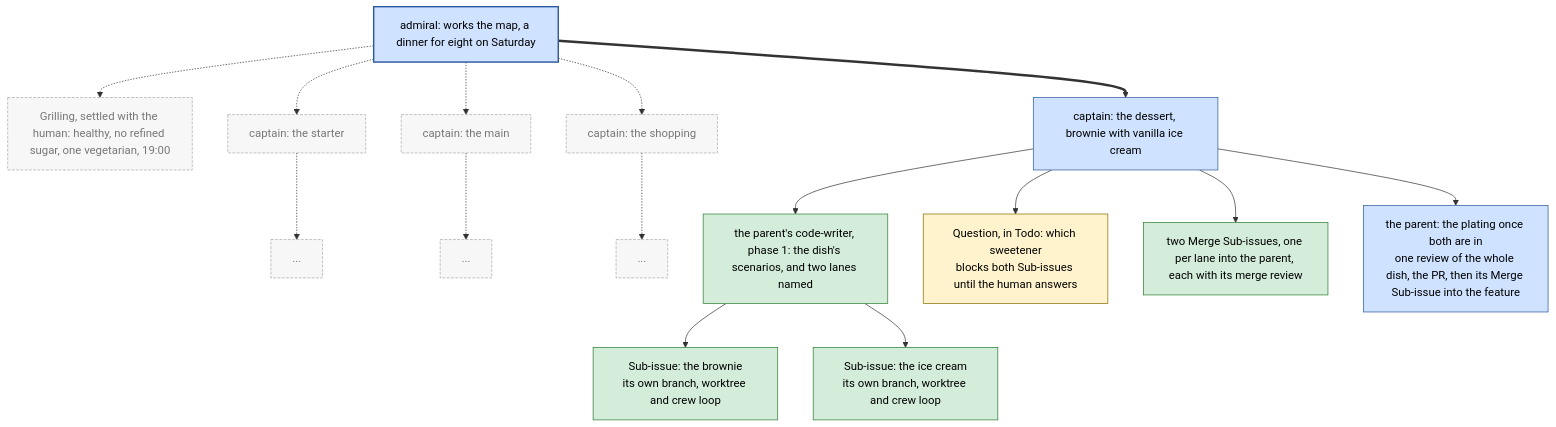
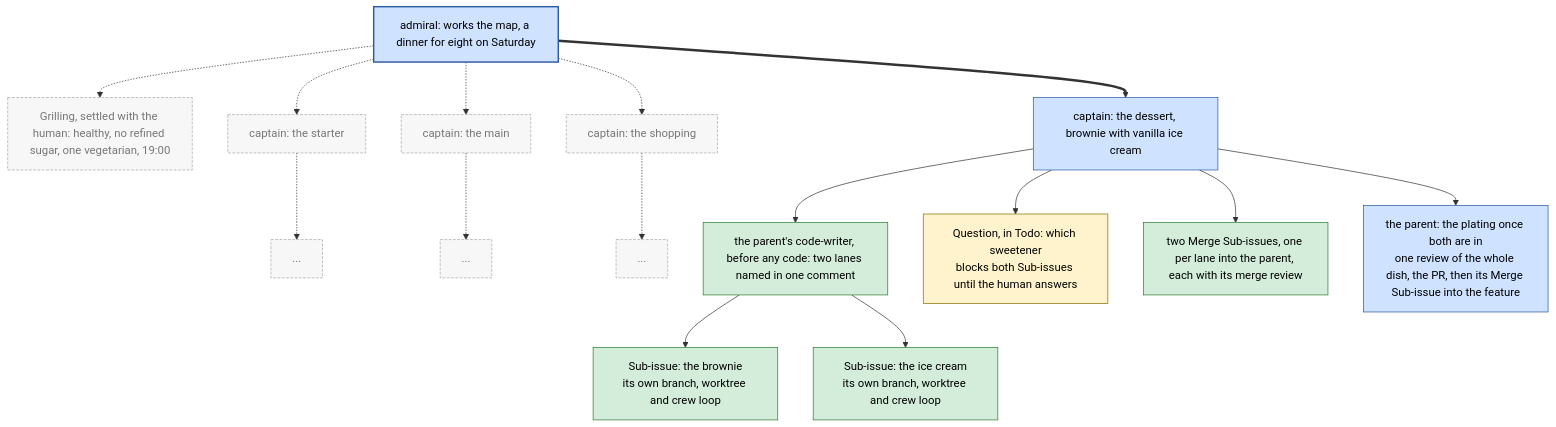
The third of 12 diagrams in dydo/understand/control-flow.md (bodnarbalazs/dydo), drawn with Mermaid before and after one commit. The commit also changed other lines of this file and 21 other files, not shown here.

First line of the commit message:
DYD-230 implement: rewrite code-writer to TDD by Type with checkable red and no refactor phase

````diff
--- a/dydo/understand/control-flow.md
+++ b/dydo/understand/control-flow.md
@@ -169,24 +169,24 @@
 ```mermaid
 flowchart TD
   classDef admiral fill:#cfe2ff,stroke:#2c5aa0,stroke-width:2px,color:#000
   classDef captain fill:#cfe2ff,stroke:#2c5aa0,color:#000
   classDef lane fill:#d4edda,stroke:#2e7d32,color:#000
   classDef way fill:#fff3cd,stroke:#8a6d00,color:#000
   classDef ghost fill:#f7f7f7,stroke:#aaa,color:#777,stroke-dasharray:4 2
 
   AD[admiral: works the map, a dinner for eight on Saturday]:::admiral
   AD -.-> G[Grilling, settled with the human: healthy, no refined sugar, one vegetarian, 19:00]:::ghost
   AD -.-> C1[captain: the starter]:::ghost
   AD -.-> C2[captain: the main]:::ghost
   AD ==> C3[captain: the dessert, brownie with vanilla ice cream]:::captain
   AD -.-> C4[captain: the shopping]:::ghost
   C1 -.-> P1[...]:::ghost
   C2 -.-> P2[...]:::ghost
   C4 -.-> P4[...]:::ghost
-  C3 --> S[the parent's code-writer, phase 1: the dish's scenarios, and two lanes named]:::lane
+  C3 --> S[the parent's code-writer, before any code: two lanes named in one comment]:::lane
   S --> L1[Sub-issue: the brownie<br>its own branch, worktree and crew loop]:::lane
   S --> L2[Sub-issue: the ice cream<br>its own branch, worktree and crew loop]:::lane
   C3 --> Q[Question, in Todo: which sweetener<br>blocks both Sub-issues until the human answers]:::way
   C3 --> M[two Merge Sub-issues, one per lane into the parent, each with its merge review]:::lane
   C3 --> W[the parent: the plating once both are in<br>one review of the whole dish, the PR, then its Merge Sub-issue into the feature]:::captain
 ```
````
